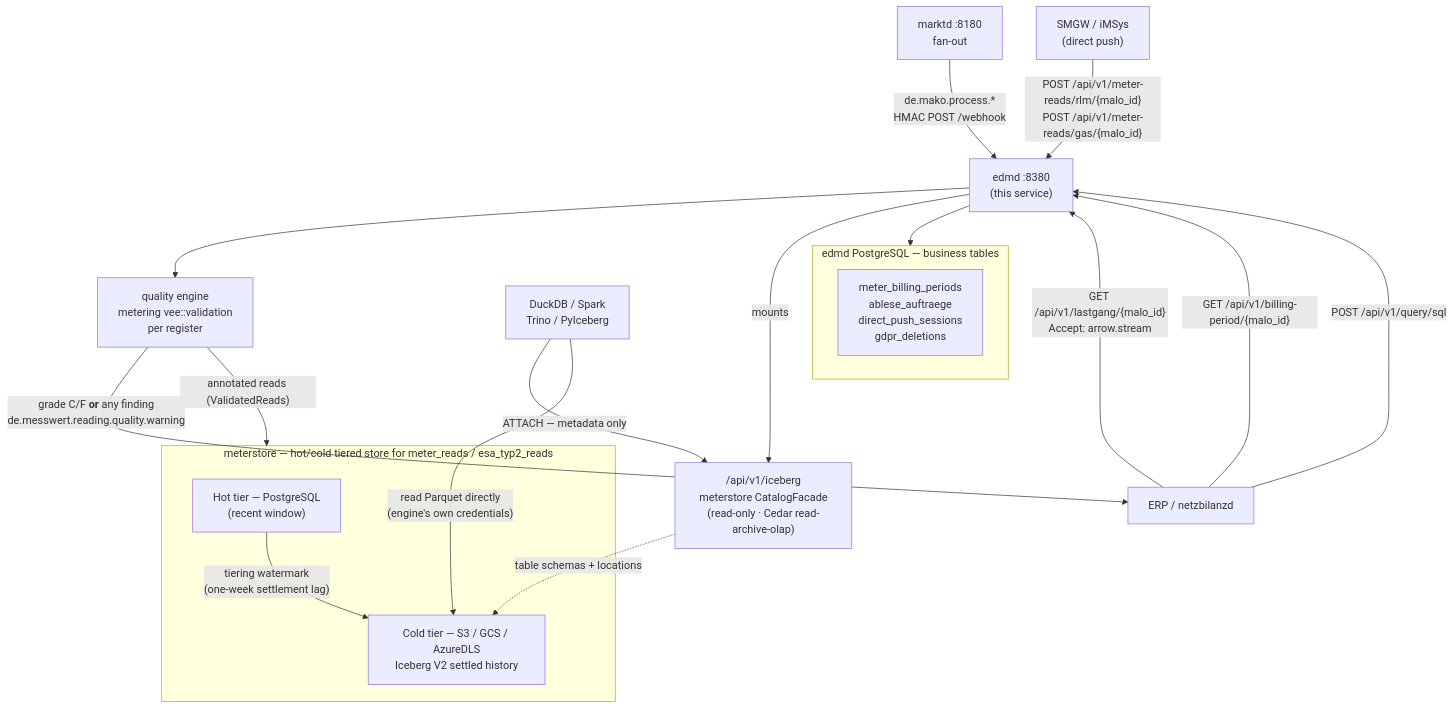
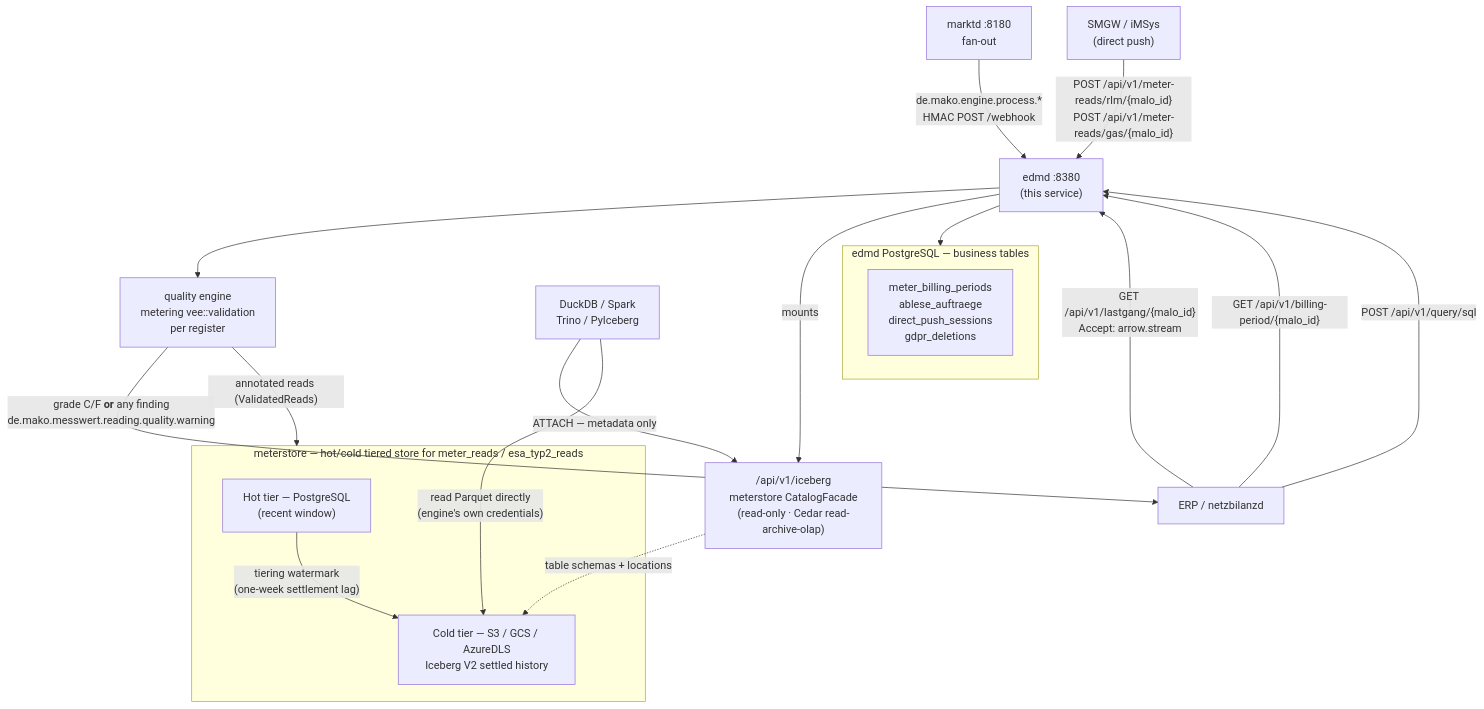
Before and after one commit to hupe1980/mako: the first of 2 diagrams in site/content/docs/services/edmd.md, drawn with Mermaid. The commit also changed other lines of this file and 379 other files, not shown here.

````diff
--- a/site/content/docs/services/edmd.md
+++ b/site/content/docs/services/edmd.md
@@ -71,35 +71,35 @@
 ```mermaid
 graph TB
     marktd["marktd :8180<br/>fan-out"]
     smgw["SMGW / iMSys<br/>(direct push)"]
     edmd["edmd :8380<br/>(this service)"]
 
     subgraph store["meterstore — hot/cold tiered store for meter_reads / esa_typ2_reads"]
         hot["Hot tier — PostgreSQL<br/>(recent window)"]
         cold["Cold tier — S3 / GCS / AzureDLS<br/>Iceberg V2 settled history"]
     end
 
     subgraph edmdpg["edmd PostgreSQL — business tables"]
         biz["meter_billing_periods<br/>ablese_auftraege<br/>direct_push_sessions<br/>gdpr_deletions"]
     end
 
     erp["ERP / netzbilanzd"]
     duckdb["DuckDB / Spark<br/>Trino / PyIceberg"]
     catalog["/api/v1/iceberg<br/>meterstore CatalogFacade<br/>(read-only · Cedar read-archive-olap)"]
     qa["quality engine<br/>metering vee::validation<br/>per register"]
 
-    marktd -->|"de.mako.process.* <br/>HMAC POST /webhook"| edmd
+    marktd -->|"de.mako.engine.process.* <br/>HMAC POST /webhook"| edmd
     smgw -->|"POST /api/v1/meter-reads/rlm/{malo_id}<br/>POST /api/v1/meter-reads/gas/{malo_id}"| edmd
     edmd --> qa
     qa -->|"annotated reads (ValidatedReads)"| store
-    qa -->|"grade C/F <b>or</b> any finding<br/>de.messwert.reading.quality.warning"| erp
+    qa -->|"grade C/F <b>or</b> any finding<br/>de.mako.messwert.reading.quality.warning"| erp
     edmd --> edmdpg
     edmd -->|"mounts"| catalog
     catalog -.->|"table schemas + locations"| cold
     hot -->|"tiering watermark<br/>(one-week settlement lag)"| cold
     erp -->|"GET /api/v1/lastgang/{malo_id}<br/>Accept: arrow.stream"| edmd
     erp -->|"GET /api/v1/billing-period/{malo_id}"| edmd
     erp -->|"POST /api/v1/query/sql"| edmd
     duckdb -->|"ATTACH — metadata only"| catalog
     duckdb -->|"read Parquet directly<br/>(engine's own credentials)"| cold
 ```
````
